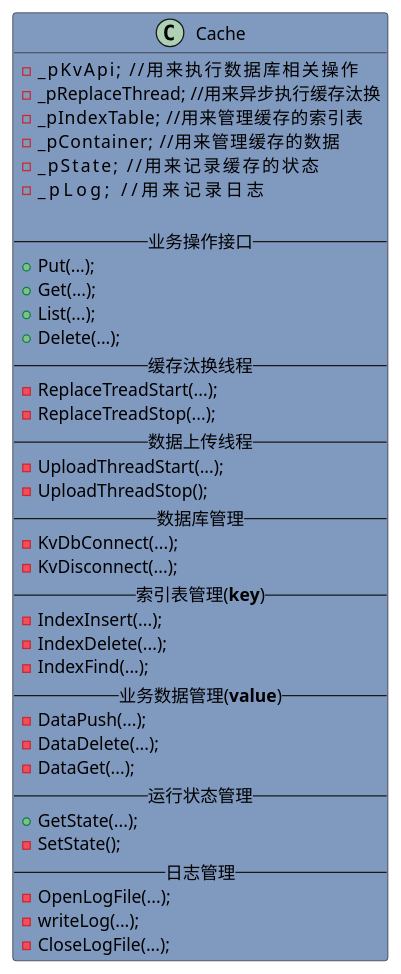
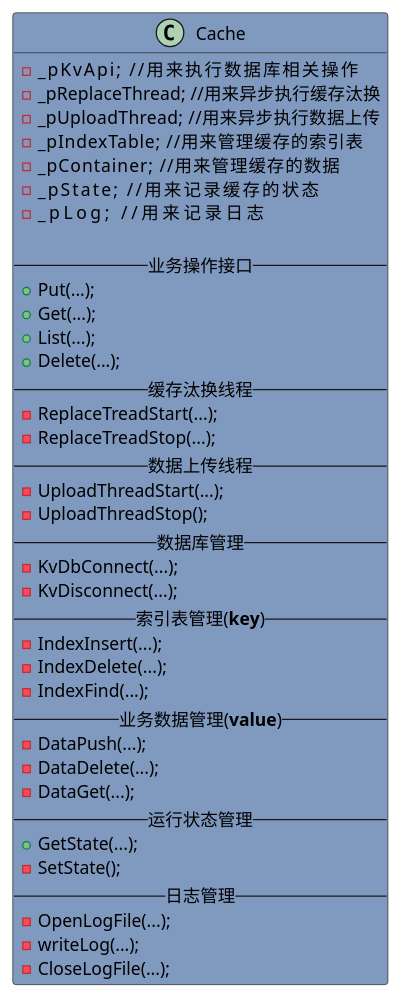
One commit to unihykes/mark changed the sixth of 15 diagrams in src/use_designpattern/_readme.md. Above: the diagram before and after it, drawn with PlantUML. The commit also changed 2 other files, not shown here.

Commit message:
更新作业题

````diff
--- a/src/use_designpattern/_readme.md
+++ b/src/use_designpattern/_readme.md
@@ -300,40 +300,41 @@
 ```plantuml
 class Cache #8099BF {
     - _pKvApi;          //用来执行数据库相关操作
     - _pReplaceThread;  //用来异步执行缓存汰换
+    - _pUploadThread;   //用来异步执行数据上传
     - _pIndexTable;     //用来管理缓存的索引表
     - _pContainer;      //用来管理缓存的数据
     - _pState;          //用来记录缓存的状态
     - _pLog;            //用来记录日志
     
     --业务操作接口--
     + Put(...);
     + Get(...);
     + List(...);
     + Delete(...);
     --缓存汰换线程--
     -ReplaceTreadStart(...);
     -ReplaceTreadStop(...);
     --数据上传线程--
     -UploadThreadStart(...);
     -UploadThreadStop();
     --数据库管理--
     -KvDbConnect(...);
     -KvDisconnect(...);
     --索引表管理(**key**)--
     -IndexInsert(...);
     -IndexDelete(...);
     -IndexFind(...);
     --业务数据管理(**value**)--
     -DataPush(...);
     -DataDelete(...);
     -DataGet(...);
     --运行状态管理--
     + GetState(...);
     - SetState();
     --日志管理--
     - OpenLogFile(...);
     - writeLog(...);
     - CloseLogFile(...);
 }
 ```
````
